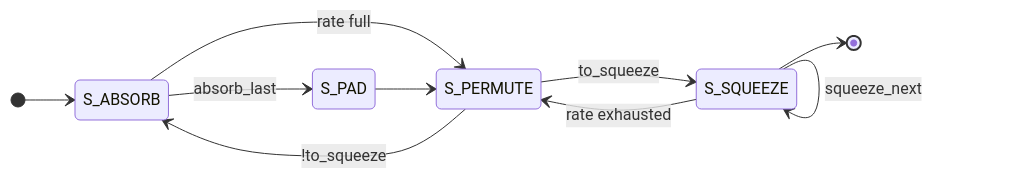
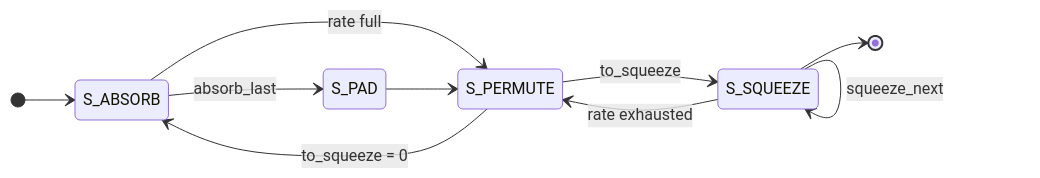
Before and after one commit to abhinavsasivala02-git/mlkem768-hardware: the second of 5 diagrams in README.md, drawn with Mermaid. The commit also changed other lines of this file, not shown here.

Commit message:
README: fix mermaid dataflow (ASCII labels, remove U+2016) and state label

````diff
--- a/README.md
+++ b/README.md
@@ -209,13 +213,13 @@
 ```mermaid
 stateDiagram-v2
     direction LR
     [*] --> S_ABSORB
     S_ABSORB --> S_PAD: absorb_last
     S_ABSORB --> S_PERMUTE: rate full
     S_PAD --> S_PERMUTE
-    S_PERMUTE --> S_ABSORB: !to_squeeze
+    S_PERMUTE --> S_ABSORB: to_squeeze = 0
     S_PERMUTE --> S_SQUEEZE: to_squeeze
     S_SQUEEZE --> S_SQUEEZE: squeeze_next
     S_SQUEEZE --> S_PERMUTE: rate exhausted
     S_SQUEEZE --> [*]
 ```
````
